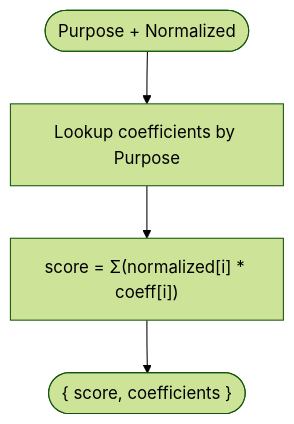
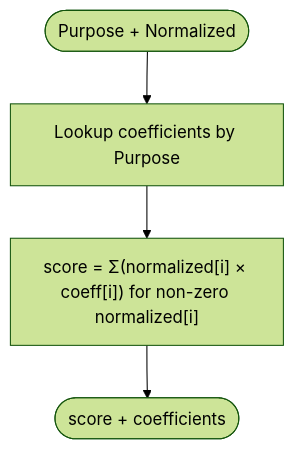
Before and after one commit to Dezzpil/meingym: the fifth of 11 diagrams in .qoder/repowiki/en/content/Core Business Logic/Scoring and Analytics.md, drawn with Mermaid (forest theme). The commit also changed other lines of this file and 12 other files, not shown here.

````diff
--- a/.qoder/repowiki/en/content/Core Business Logic/Scoring and Analytics.md
+++ b/.qoder/repowiki/en/content/Core Business Logic/Scoring and Analytics.md
@@ -174,6 +227,6 @@
 ```mermaid
 flowchart TD
 Start(["Purpose + Normalized"]) --> Lookup["Lookup coefficients by Purpose"]
-Lookup --> Compute["score = Σ(normalized[i] * coeff[i])"]
-Compute --> Return(["{ score, coefficients }"])
+Lookup --> Compute["score = Σ(normalized[i] × coeff[i]) for non-zero normalized[i]"]
+Compute --> Return(["score + coefficients"])
 ```
````
